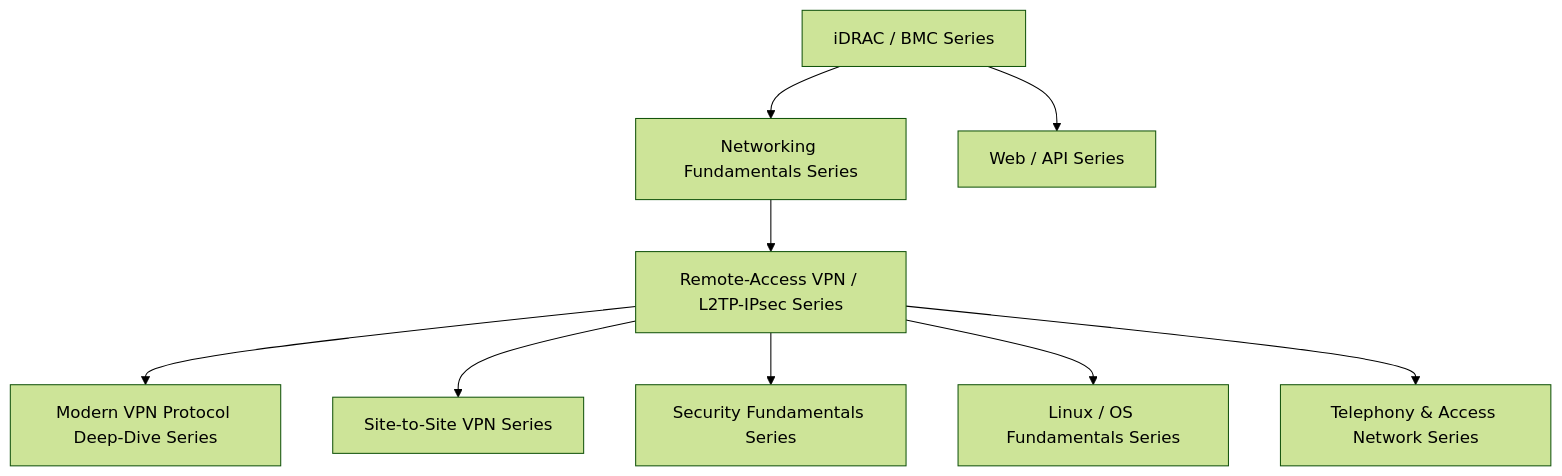
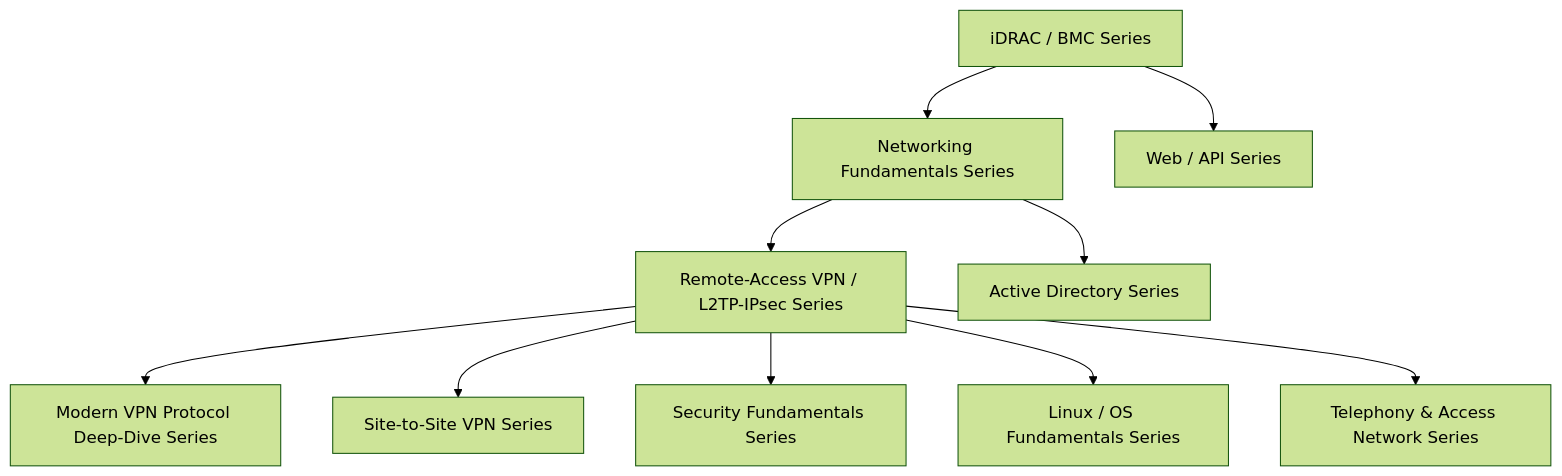
One commit to koikoi1998/koikoi-blog-20260723 changed the diagram in src/pages/en/sitemap.md. Above: the diagram before and after it, drawn with Mermaid (forest theme). The commit also changed other lines of this file and 11 other files, not shown here.

````diff
--- a/src/pages/en/sitemap.md
+++ b/src/pages/en/sitemap.md
@@ -22,21 +22,23 @@
 ```mermaid
 graph TB
     Idrac["iDRAC / BMC Series"]
     Network["Networking Fundamentals Series"]
     Vpn["Remote-Access VPN / L2TP-IPsec Series"]
     ModernVpn["Modern VPN Protocol Deep-Dive Series"]
     SiteToSite["Site-to-Site VPN Series"]
     Security["Security Fundamentals Series"]
     Linux["Linux / OS Fundamentals Series"]
     Telephony["Telephony & Access Network Series"]
     Api["Web / API Series"]
+    ActiveDirectory["Active Directory Series"]
 
     Idrac --> Network
     Idrac --> Api
     Network --> Vpn
     Vpn --> ModernVpn
     Vpn --> SiteToSite
     Vpn --> Security
     Vpn --> Linux
     Vpn --> Telephony
+    Network --> ActiveDirectory
 ```
````
